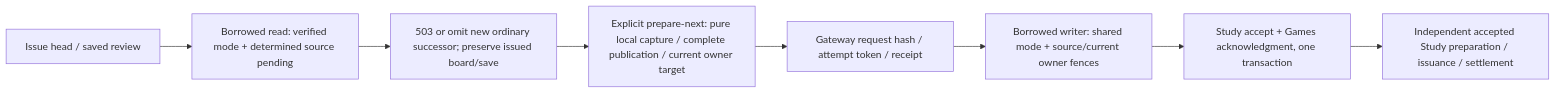
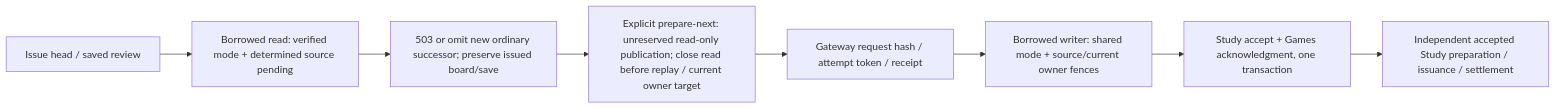
Before and after one commit to aaweaver-actuary/tempo: the sixth of 7 diagrams in backend/app/product_composition/README.md, drawn with Mermaid. The commit also changed other lines of this file and 9 other files, not shown here.

````diff
--- a/backend/app/product_composition/README.md
+++ b/backend/app/product_composition/README.md
@@ -430,10 +430,10 @@
 ```mermaid
 flowchart LR
   Head["Issue head / saved review"] --> Hint["Borrowed read: verified mode + determined source pending"]
   Hint --> Pending["503 or omit new ordinary successor; preserve issued board/save"]
-  Pending --> Prepare["Explicit prepare-next: pure local capture / complete publication / current owner target"]
+  Pending --> Prepare["Explicit prepare-next: unreserved read-only publication; close read before replay / current owner target"]
   Prepare --> Fence["Gateway request hash / attempt token / receipt"]
   Fence --> Apply["Borrowed writer: shared mode + source/current owner fences"]
   Apply --> Accept["Study accept + Games acknowledgment, one transaction"]
   Accept --> Study["Independent accepted Study preparation / issuance / settlement"]
 ```
````
